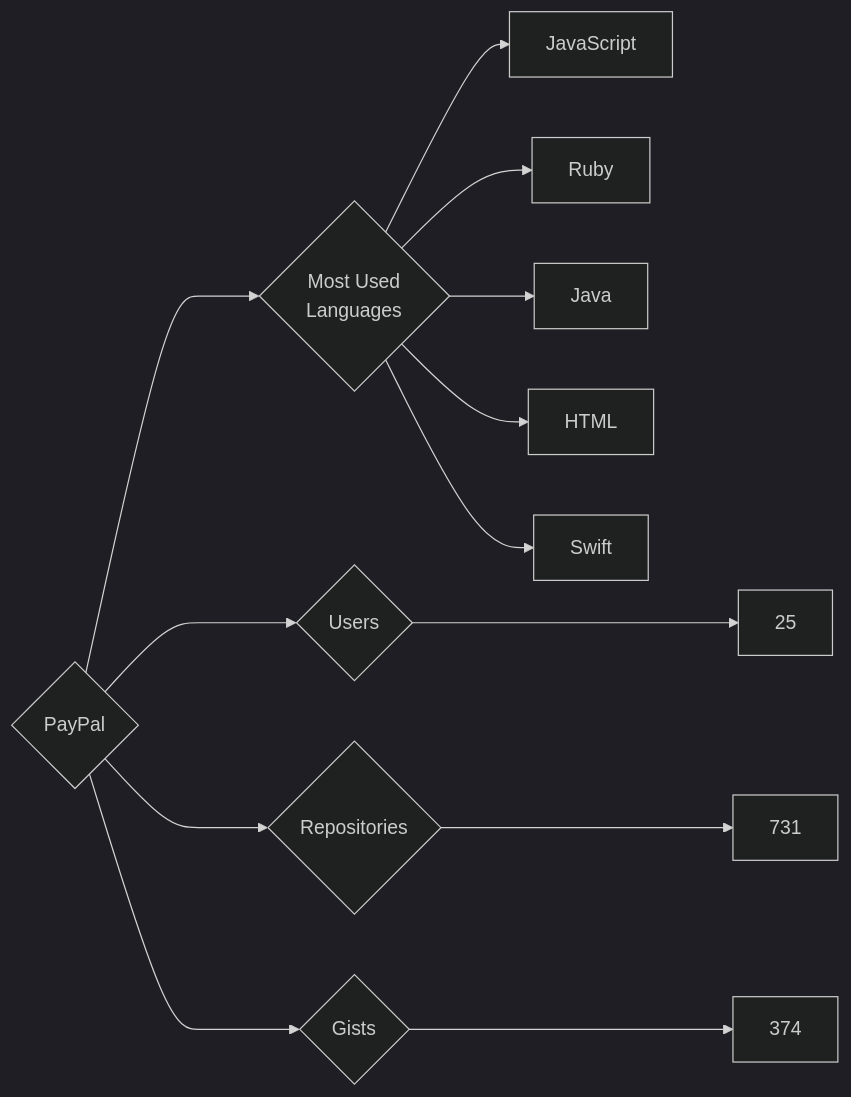
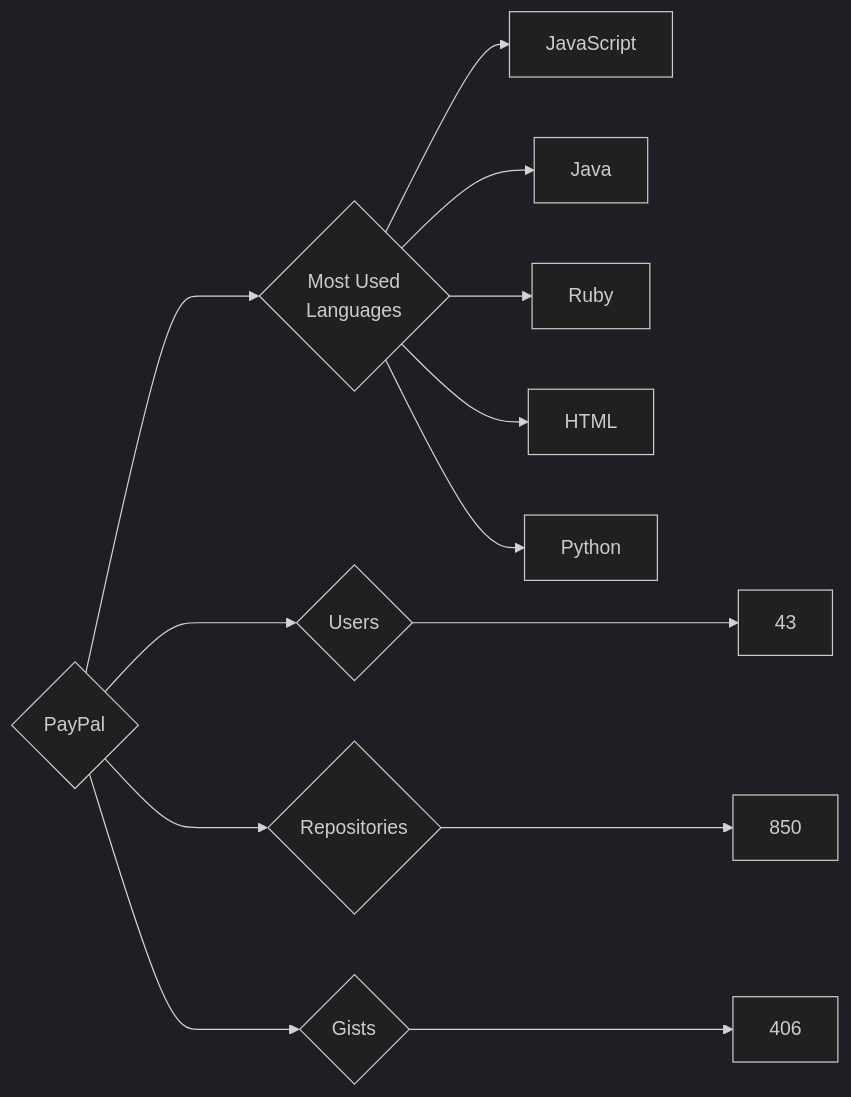
One commit to trickest/insiders changed the diagram in targets/PayPal/README.md. Above: the diagram before and after it, drawn with Mermaid (dark theme). The commit also changed 972 other files, not shown here.

````diff
--- a/targets/PayPal/README.md
+++ b/targets/PayPal/README.md
@@ -3,13 +3,13 @@
 ```mermaid
 graph LR
 COMPANY_NAME{PayPal}
-COMPANY_NAME ---> U{Users} ---> UN[25]
-COMPANY_NAME ---> R{Repositories} ---> RN[731]
-COMPANY_NAME ---> G{Gists} ---> GN[374]
+COMPANY_NAME ---> U{Users} ---> UN[43]
+COMPANY_NAME ---> R{Repositories} ---> RN[850]
+COMPANY_NAME ---> G{Gists} ---> GN[406]
 COMPANY_NAME ---> ML{Most Used<br>Languages}
 ML --> JavaScript[JavaScript]
+ML --> Java[Java]
 ML --> Ruby[Ruby]
-ML --> Java[Java]
 ML --> HTML[HTML]
-ML --> Swift[Swift]
+ML --> Python[Python]
 ```
````
